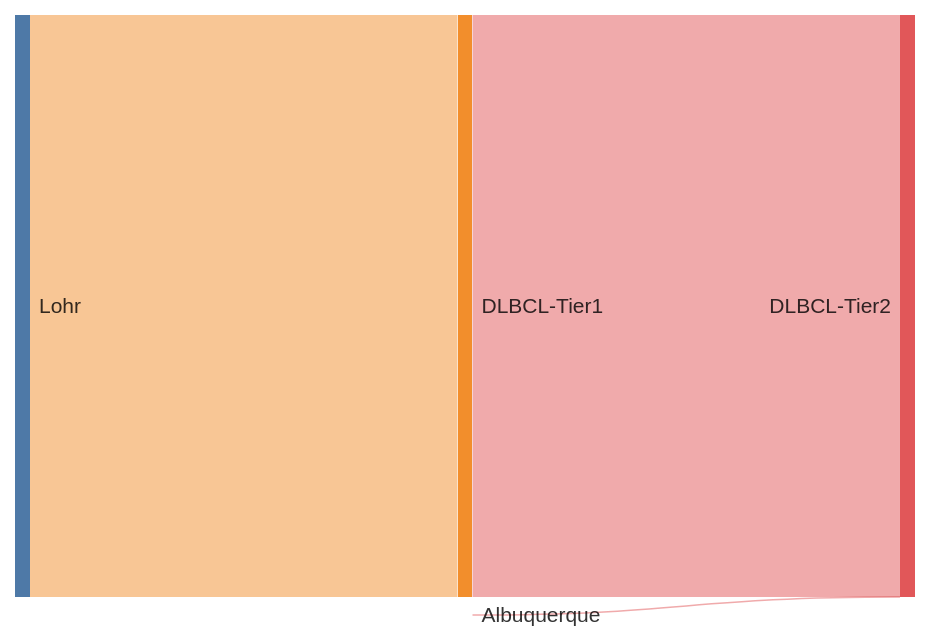
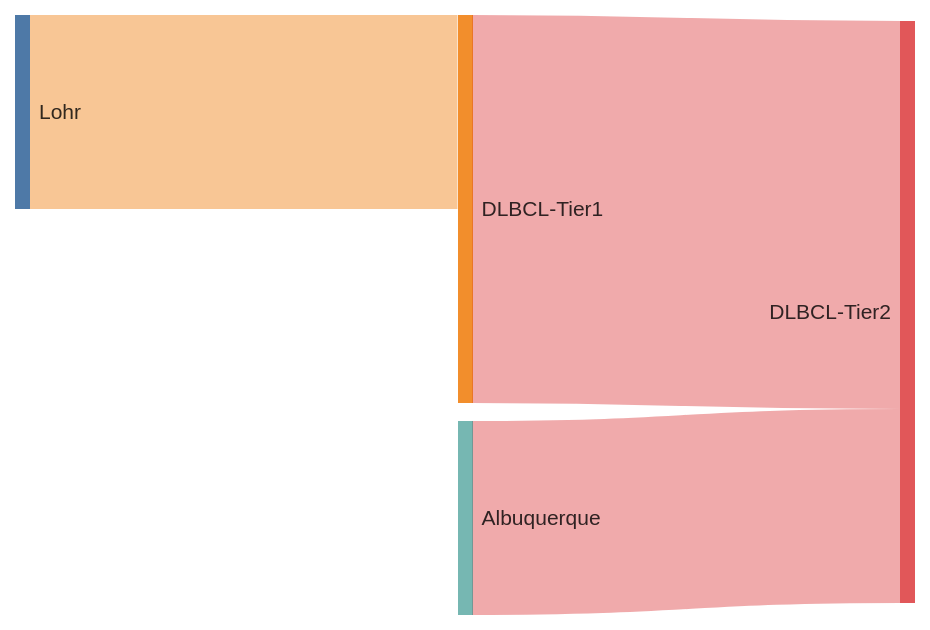
Before and after one commit to morinlab/lymphopedia: the diagram in sankey_test.md, drawn with Mermaid.

````diff
--- a/sankey_test.md
+++ b/sankey_test.md
@@ -3,15 +3,15 @@
 ```mermaid
 ---
 config:
   sankey:
     showValues: false
     linkColor: target
     width: 600
     height: 400
     nodeAlignment: right
 ---
 sankey-beta
 Lohr, DLBCL-Tier1, 1
-DLBCL-Tier1, DLBCL-Tier2, 1
-Albuquerque, DLBCL-Tier2, 0
+DLBCL-Tier1, DLBCL-Tier2, 2
+Albuquerque, DLBCL-Tier2, 1
 ```
````
